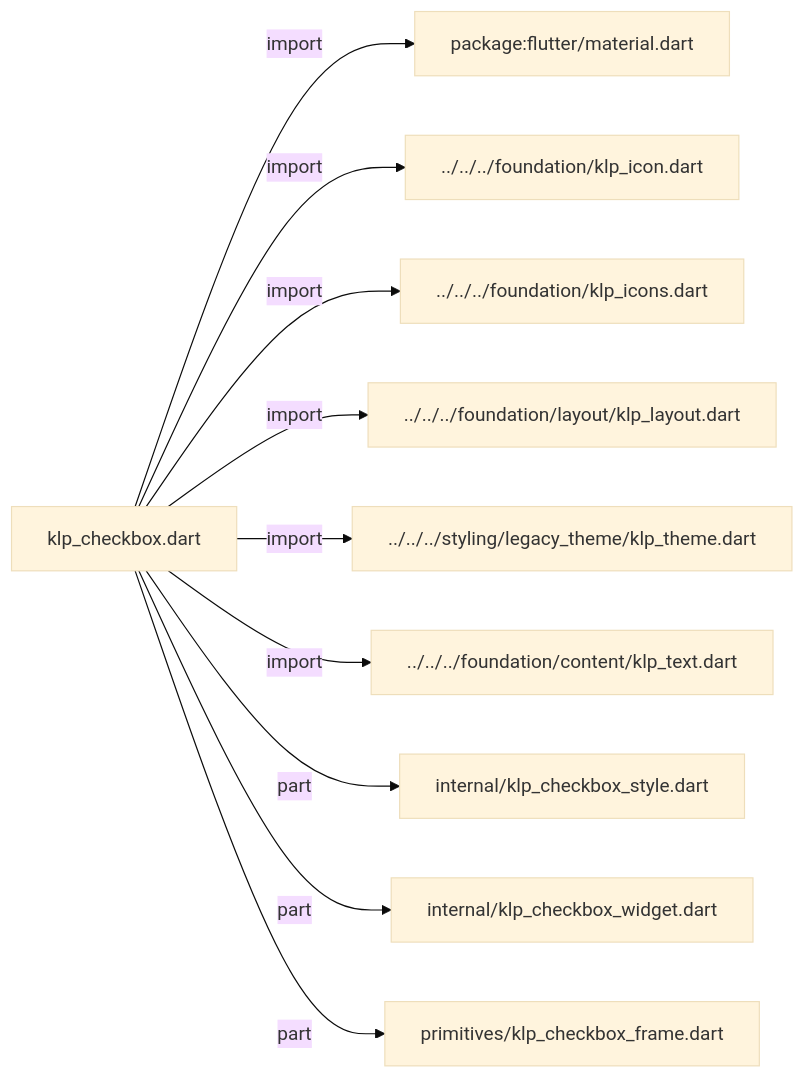
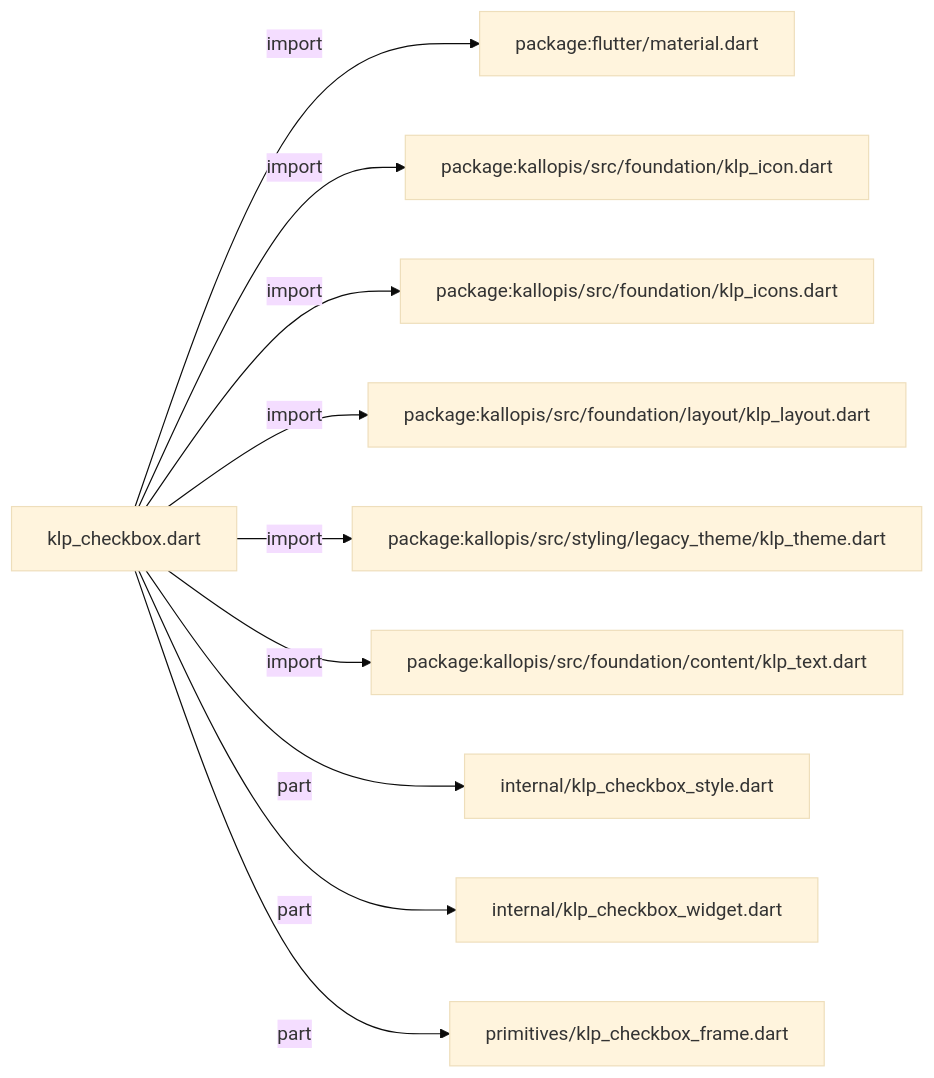
Before and after one commit to MiuDog/Kallopis: the diagram in docs/architecture/src/features/forms/selection/klp_checkbox.md, drawn with Mermaid (base theme). The commit also changed other lines of this file and 9688 other files, not shown here.

Commit message:
Prepare isolated Flow F2 peer baseline

````diff
--- a/docs/architecture/src/features/forms/selection/klp_checkbox.md
+++ b/docs/architecture/src/features/forms/selection/klp_checkbox.md
@@ -11,22 +11,22 @@
 ```mermaid
 flowchart LR
 	n0["klp_checkbox.dart"]
 	n1["package:flutter/material.dart"]
-	n2["../../../foundation/klp_icon.dart"]
-	n3["../../../foundation/klp_icons.dart"]
-	n4["../../../foundation/layout/klp_layout.dart"]
-	n5["../../../styling/legacy_theme/klp_theme.dart"]
-	n6["../../../foundation/content/klp_text.dart"]
+	n2["package:kallopis/src/foundation/klp_icon.dart"]
+	n3["package:kallopis/src/foundation/klp_icons.dart"]
+	n4["package:kallopis/src/foundation/layout/klp_layout.dart"]
+	n5["package:kallopis/src/styling/legacy_theme/klp_theme.dart"]
+	n6["package:kallopis/src/foundation/content/klp_text.dart"]
 	n7["internal/klp_checkbox_style.dart"]
 	n8["internal/klp_checkbox_widget.dart"]
 	n9["primitives/klp_checkbox_frame.dart"]
 	n0 -->|"import"| n1
 	n0 -->|"import"| n2
 	n0 -->|"import"| n3
 	n0 -->|"import"| n4
 	n0 -->|"import"| n5
 	n0 -->|"import"| n6
 	n0 -->|"part"| n7
 	n0 -->|"part"| n8
 	n0 -->|"part"| n9
 ```
````
